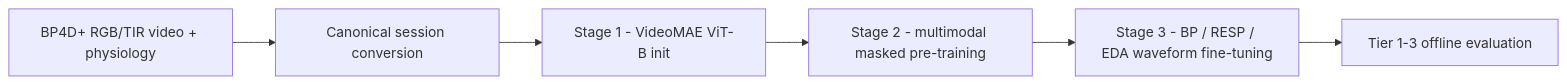
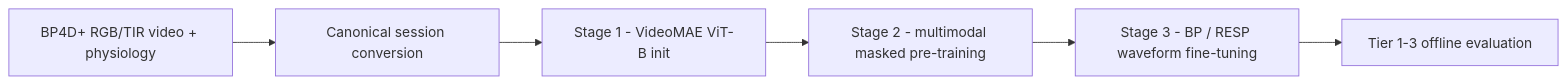
One commit to LeqiaoP1/MA-project-KISMED changed the diagram in README.md. Above: the diagram before and after it, drawn with Mermaid. The commit also changed other lines of this file and 51 other files, not shown here.

Commit message:
Refactor code structure for improved readability and maintainability; removed redundant sections and optimized logic flow.

````diff
--- a/README.md
+++ b/README.md
@@ -23,8 +22,8 @@
 ```mermaid
 flowchart LR
     A[BP4D+ RGB/TIR video + physiology] --> B[Canonical session conversion]
     B --> C[Stage 1 - VideoMAE ViT-B init]
     C --> D[Stage 2 - multimodal masked pre-training]
-    D --> E[Stage 3 - BP / RESP / EDA waveform fine-tuning]
+    D --> E[Stage 3 - BP / RESP waveform fine-tuning]
     E --> F[Tier 1-3 offline evaluation]
 ```
````
